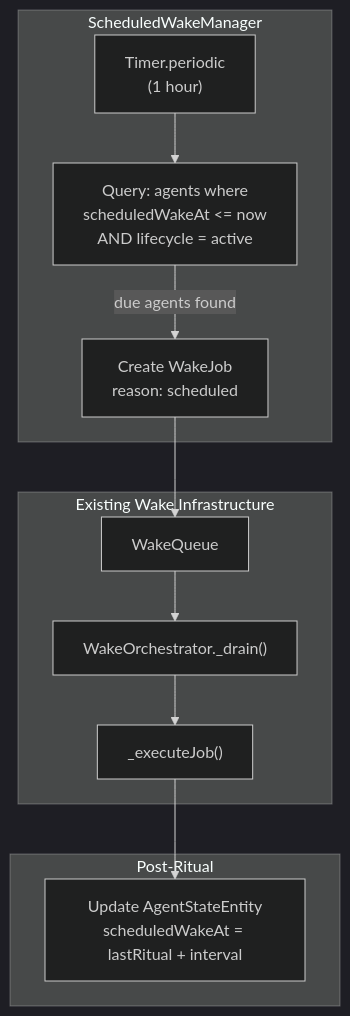
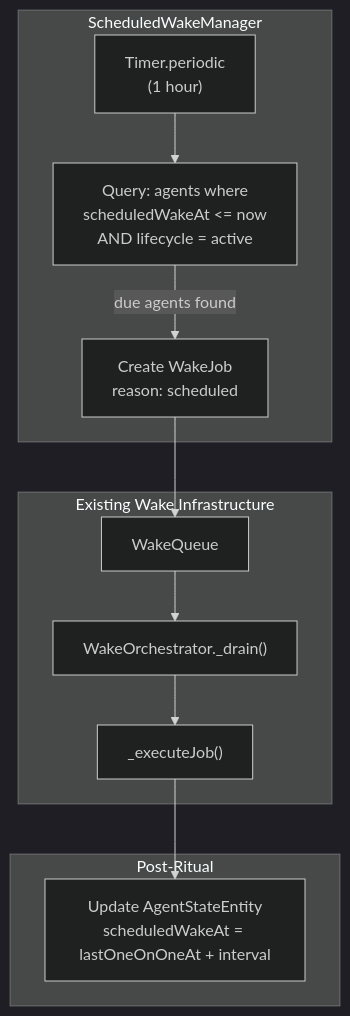
The diagram in docs/adr/0010-scheduled-wake-infrastructure.md (matthiasn/lotti), drawn with Mermaid (dark theme) before and after one commit. The commit also changed other lines of this file and 2 other files, not shown here.

Commit message:
refactor: address review comments

````diff
--- a/docs/adr/0010-scheduled-wake-infrastructure.md
+++ b/docs/adr/0010-scheduled-wake-infrastructure.md
@@ -55,26 +55,26 @@
 ```mermaid
 flowchart TD
     subgraph "ScheduledWakeManager"
         TIMER["Timer.periodic\n(1 hour)"]
         CHECK["Query: agents where\nscheduledWakeAt <= now\nAND lifecycle = active"]
         ENQUEUE["Create WakeJob\nreason: scheduled"]
     end
 
     subgraph "Existing Wake Infrastructure"
         WQ["WakeQueue"]
         WO["WakeOrchestrator._drain()"]
         EXEC["_executeJob()"]
     end
 
     TIMER --> CHECK
     CHECK -->|"due agents found"| ENQUEUE
     ENQUEUE --> WQ
     WQ --> WO
     WO --> EXEC
 
     subgraph "Post-Ritual"
-        UPDATE["Update AgentStateEntity\nscheduledWakeAt = lastRitual + interval"]
+        UPDATE["Update AgentStateEntity\nscheduledWakeAt = lastOneOnOneAt + interval"]
     end
 
     EXEC --> UPDATE
 ```
````
